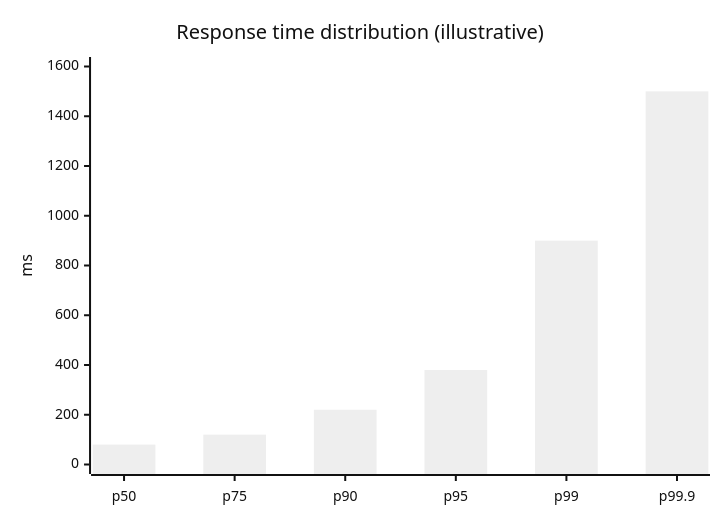
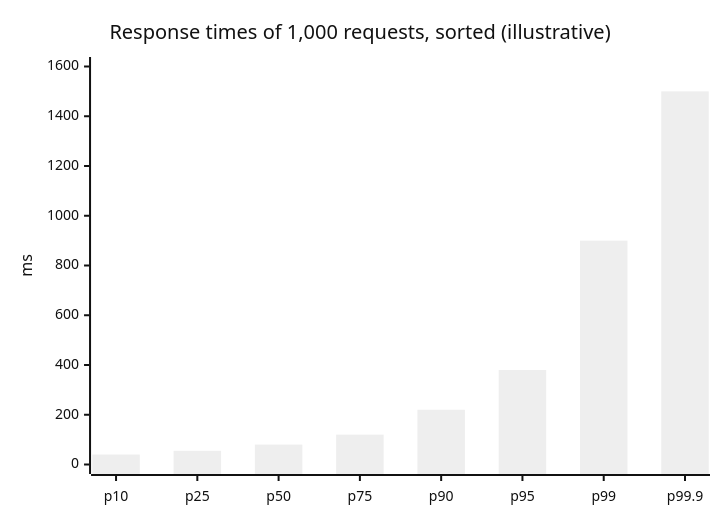
The fifth of 9 diagrams in docs/chapters/part-1/01-reliable-scalable-maintainable.mdx (pratikguru998/ddia-book), drawn with Mermaid (neutral theme) before and after one commit. The commit also changed other lines of this file and 13 other files, not shown here.

Commit message:
Expand all 12 chapters: every book subsection, deeper notes, ~320 diagrams

````diff
--- a/docs/chapters/part-1/01-reliable-scalable-maintainable.mdx
+++ b/docs/chapters/part-1/01-reliable-scalable-maintainable.mdx
@@ -104,7 +273,7 @@
 ```mermaid
 xychart-beta
-  title "Response time distribution (illustrative)"
-  x-axis ["p50", "p75", "p90", "p95", "p99", "p99.9"]
+  title "Response times of 1,000 requests, sorted (illustrative)"
+  x-axis ["p10", "p25", "p50", "p75", "p90", "p95", "p99", "p99.9"]
   y-axis "ms" 0 --> 1600
-  bar [80, 120, 220, 380, 900, 1500]
+  bar [40, 55, 80, 120, 220, 380, 900, 1500]
 ```
````
